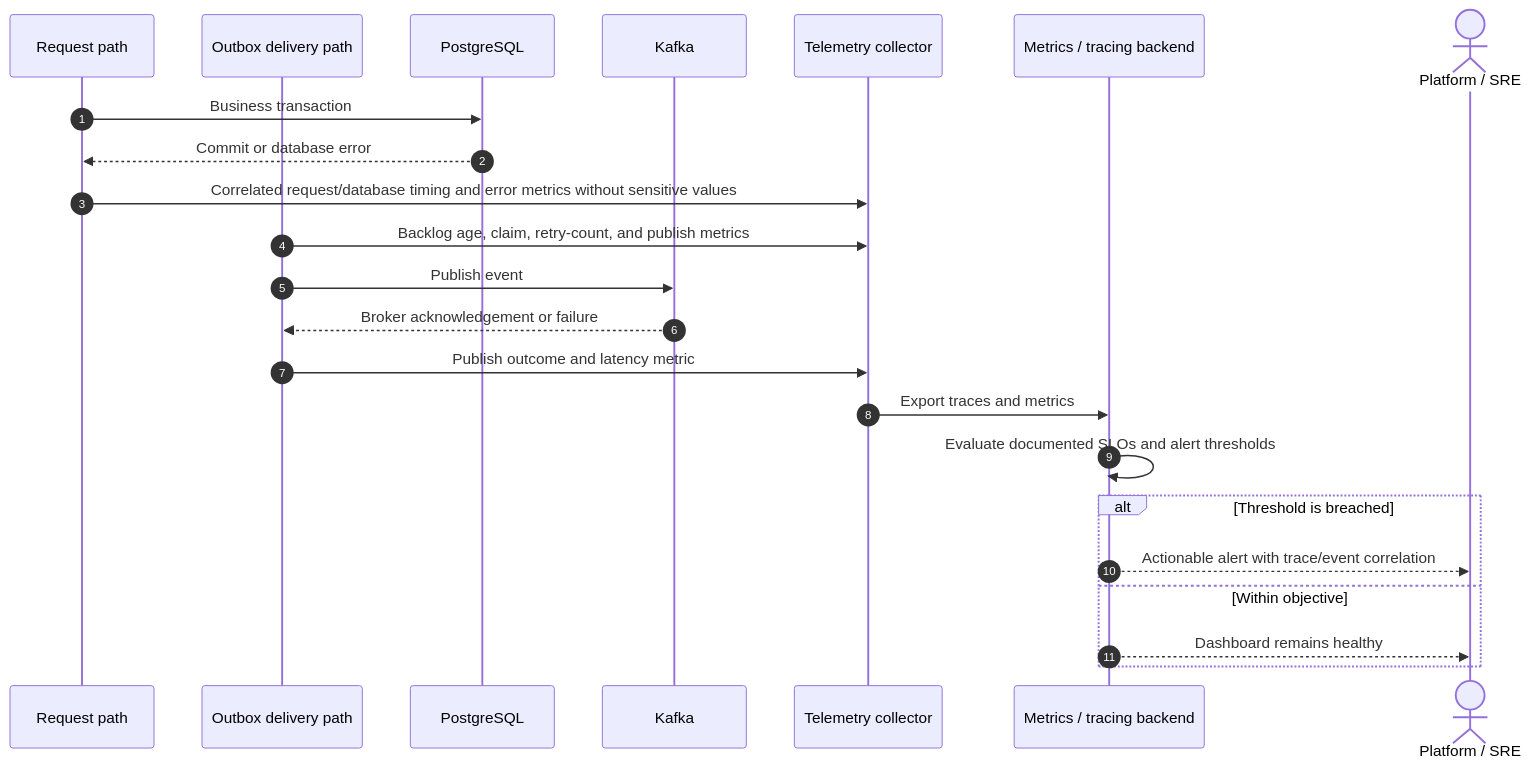
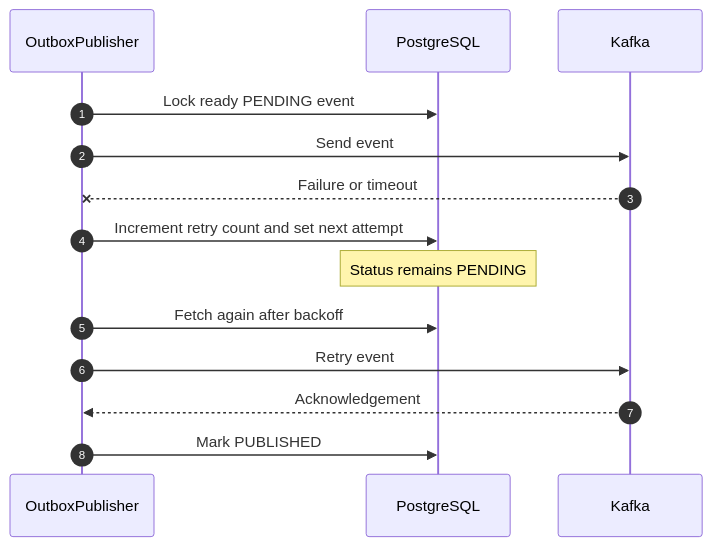
Before and after one commit to tarunngusain08/transaction-outbox-service: the fourth of 4 diagrams in docs/sequence-diagrams.md, drawn with Mermaid. The commit also changed other lines of this file and 107 other files, not shown here.

````diff
--- a/docs/sequence-diagrams.md
+++ b/docs/sequence-diagrams.md
@@ -718,26 +84,17 @@
 ```mermaid
 sequenceDiagram
     autonumber
-    participant API as Request path
-    participant Poller as Outbox delivery path
+    participant Poller as OutboxPublisher
     participant DB as PostgreSQL
-    participant Kafka as Kafka
-    participant Collector as Telemetry collector
-    participant Backend as Metrics / tracing backend
-    actor Operator as Platform / SRE
+    participant Kafka
 
-    API->>DB: Business transaction
-    DB-->>API: Commit or database error
-    API->>Collector: Correlated request/database timing and error metrics without sensitive values
-    Poller->>Collector: Backlog age, claim, retry-count, and publish metrics
-    Poller->>Kafka: Publish event
-    Kafka-->>Poller: Broker acknowledgement or failure
-    Poller->>Collector: Publish outcome and latency metric
-    Collector->>Backend: Export traces and metrics
-    Backend->>Backend: Evaluate documented SLOs and alert thresholds
-    alt Threshold is breached
-        Backend-->>Operator: Actionable alert with trace/event correlation
-    else Within objective
-        Backend-->>Operator: Dashboard remains healthy
-    end
+    Poller->>DB: Lock ready PENDING event
+    Poller->>Kafka: Send event
+    Kafka--xPoller: Failure or timeout
+    Poller->>DB: Increment retry count and set next attempt
+    Note over DB: Status remains PENDING
+    Poller->>DB: Fetch again after backoff
+    Poller->>Kafka: Retry event
+    Kafka-->>Poller: Acknowledgement
+    Poller->>DB: Mark PUBLISHED
 ```
````
